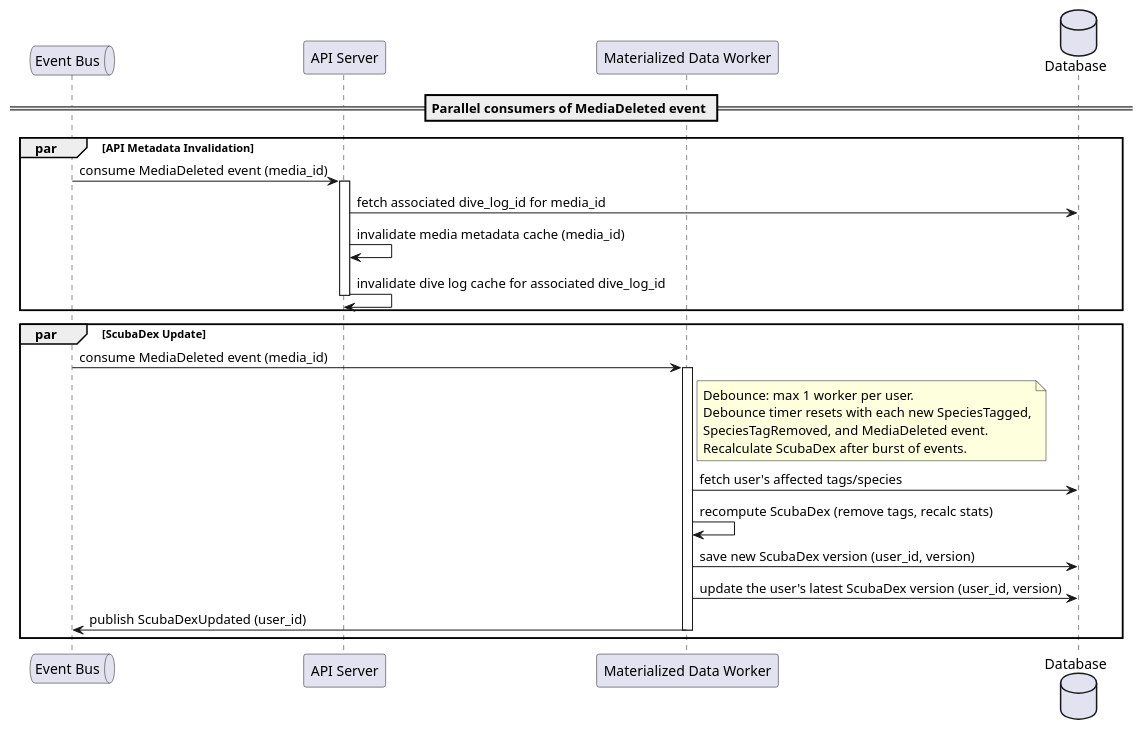
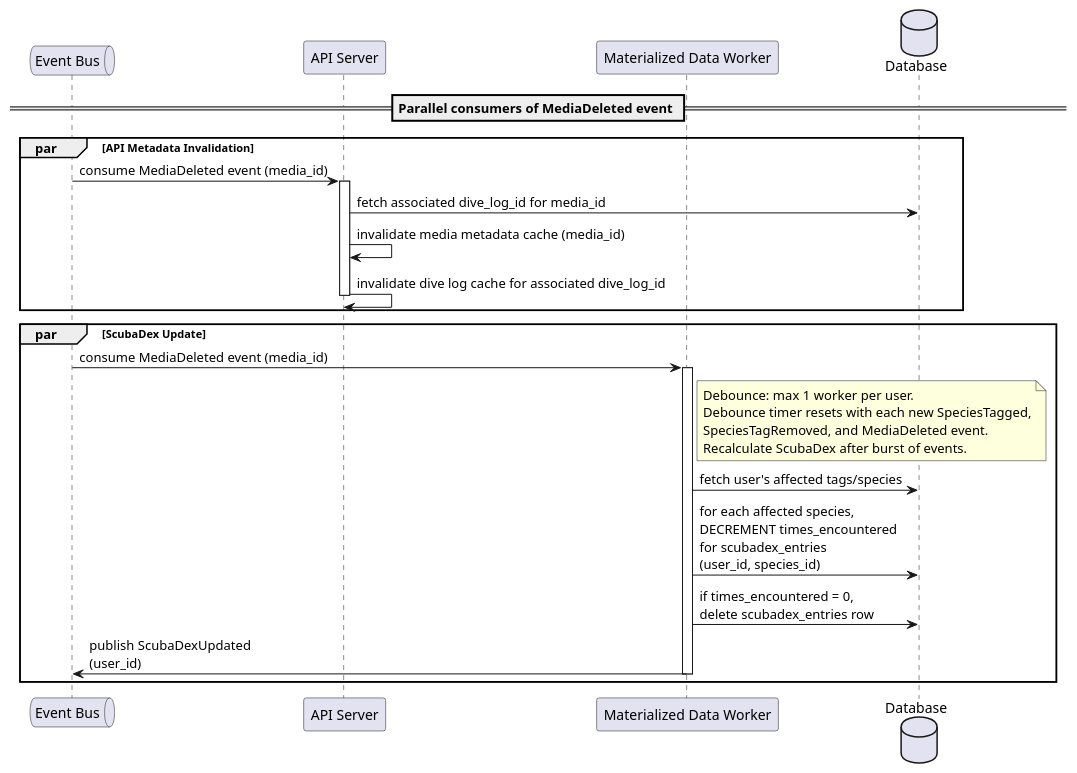
Before and after one commit to MikeF0007/reef-connect: the diagram in designs/sequences/media/media_deletion/media_deleted_event_consumers_sequence.puml, drawn with PlantUML. The commit also changed 5 other files, not shown here.

First line of the commit message:
Add db schema diagram for dive logs, media, and ScubaDex

```diff
--- a/designs/sequences/media/media_deletion/media_deleted_event_consumers_sequence.puml
+++ b/designs/sequences/media/media_deletion/media_deleted_event_consumers_sequence.puml
@@ -1,33 +1,32 @@
 @startuml MediaDeleted Event Consumers Sequence
 queue "Event Bus" as Events
 participant "API Server" as API
 participant "Materialized Data Worker" as MaterializedDataWorker
 database "Database" as DB
 
 == Parallel consumers of MediaDeleted event ==
 par API Metadata Invalidation
     Events -> API: consume MediaDeleted event (media_id)
     activate API
     API -> DB: fetch associated dive_log_id for media_id
     API -> API: invalidate media metadata cache (media_id)
     API -> API: invalidate dive log cache for associated dive_log_id
     deactivate API
 end par
 
 par ScubaDex Update
     Events -> MaterializedDataWorker: consume MediaDeleted event (media_id)
     activate MaterializedDataWorker
     note right of MaterializedDataWorker
         Debounce: max 1 worker per user.
         Debounce timer resets with each new SpeciesTagged,
         SpeciesTagRemoved, and MediaDeleted event.
         Recalculate ScubaDex after burst of events.
     end note
     MaterializedDataWorker -> DB: fetch user's affected tags/species
-    MaterializedDataWorker -> MaterializedDataWorker: recompute ScubaDex (remove tags, recalc stats)
-    MaterializedDataWorker -> DB: save new ScubaDex version (user_id, version)
-    MaterializedDataWorker -> DB: update the user's latest ScubaDex version (user_id, version)
-    MaterializedDataWorker -> Events: publish ScubaDexUpdated (user_id)
+    MaterializedDataWorker -> DB: for each affected species,\nDECREMENT times_encountered\nfor scubadex_entries\n(user_id, species_id)
+    MaterializedDataWorker -> DB: if times_encountered = 0,\ndelete scubadex_entries row
+    MaterializedDataWorker -> Events: publish ScubaDexUpdated\n(user_id)
     deactivate MaterializedDataWorker
 end par
 @enduml
```
